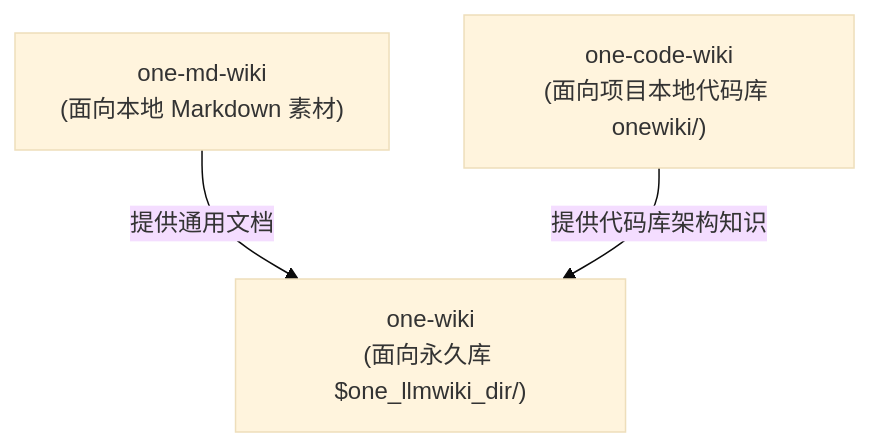
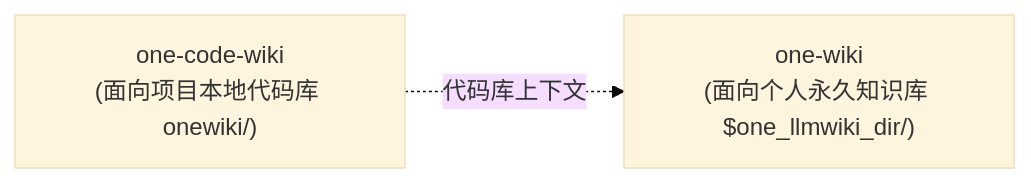
Before and after one commit to wupengbo125/one-skills: the diagram in onewiki/wiki-systems/llm-wiki.md, drawn with Mermaid (base theme). The commit also changed other lines of this file and 10 other files, not shown here.

Commit message:
refactor(skills): remove deprecated one-md-wiki and consolidate into one-wiki

````diff
--- a/onewiki/wiki-systems/llm-wiki.md
+++ b/onewiki/wiki-systems/llm-wiki.md
@@ -22,9 +22,7 @@
 ```mermaid
-flowchart TD
-    LLMWiki["one-wiki<br/>(面向永久库 $one_llmwiki_dir/)"]
+flowchart LR
+    LLMWiki["one-wiki<br/>(面向个人永久知识库 $one_llmwiki_dir/)"]
     CodeWiki["one-code-wiki<br/>(面向项目本地代码库 onewiki/)"]
-    MDWiki["one-md-wiki<br/>(面向本地 Markdown 素材)"]
 
-    MDWiki -->|提供通用文档| LLMWiki
-    CodeWiki -->|提供代码库架构知识| LLMWiki
+    CodeWiki -.->|代码库上下文| LLMWiki
 ```
````
